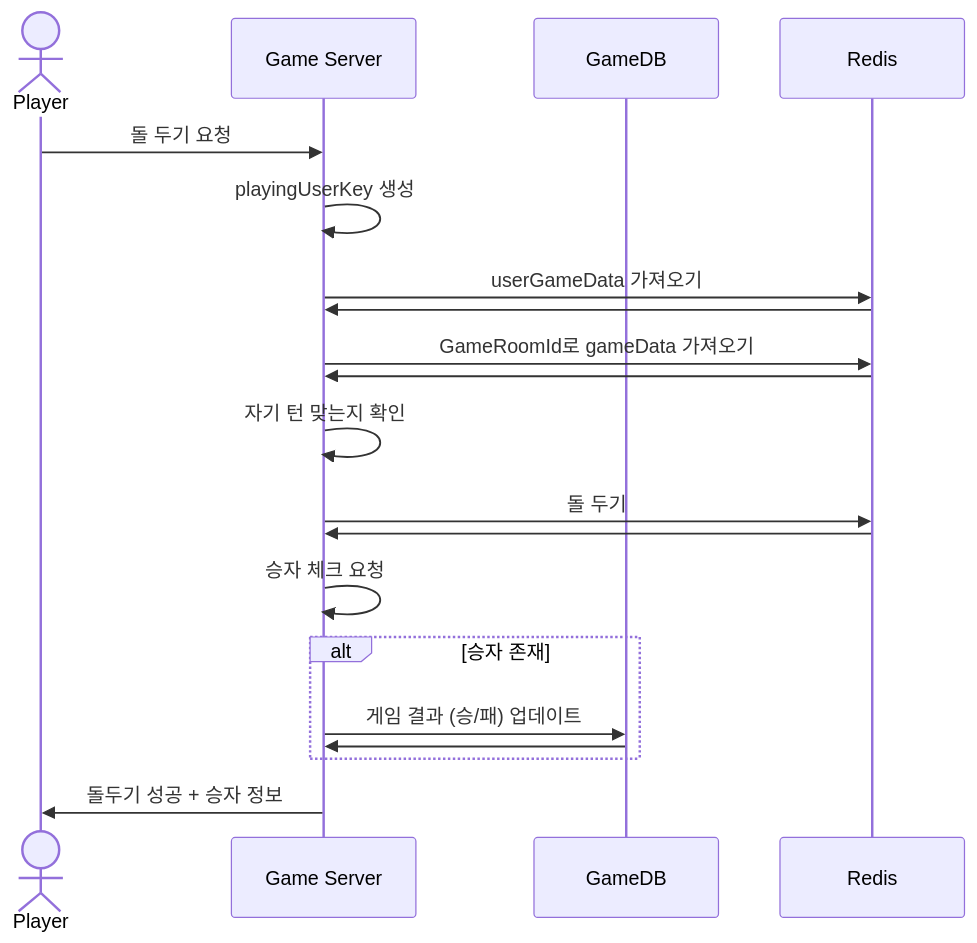
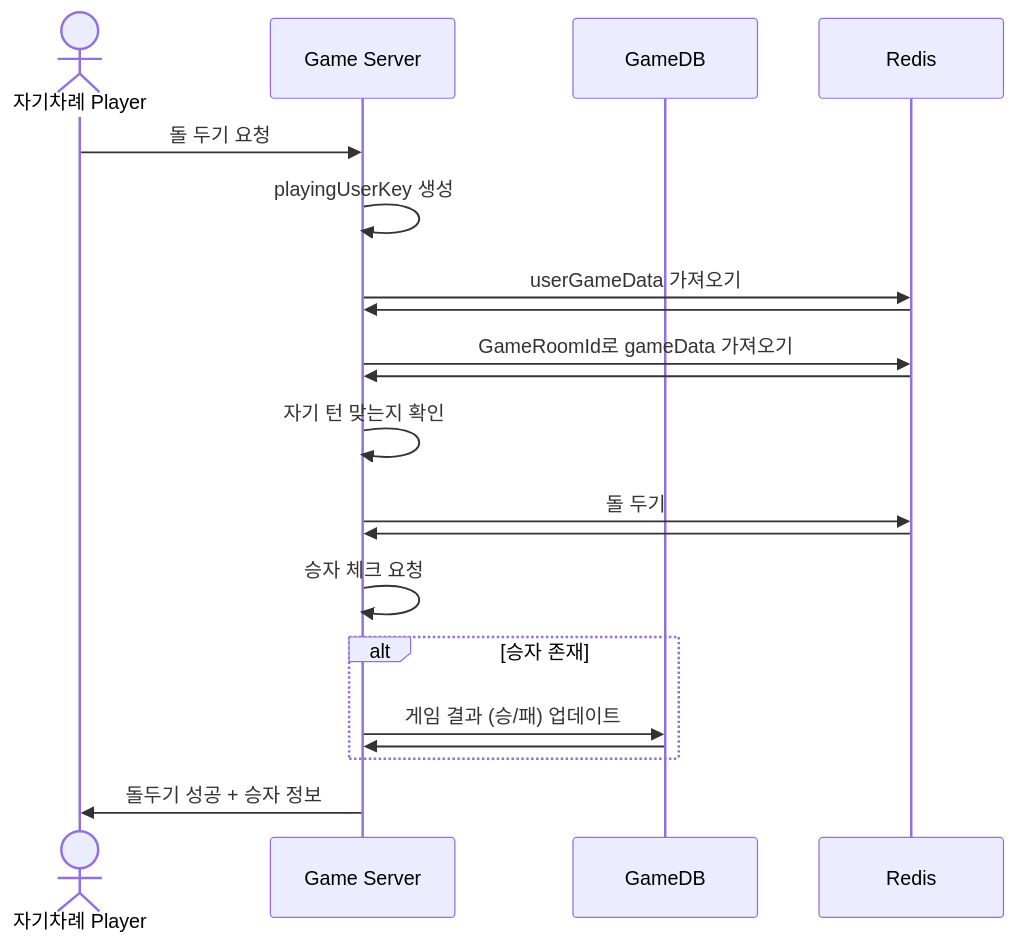
One commit to yujinS0/Omok-Game changed the first of 4 diagrams in SequenceDiagram/GamePlay.md. Above: the diagram before and after it, drawn with Mermaid. The commit also changed other lines of this file, not shown here.

````diff
--- a/SequenceDiagram/GamePlay.md
+++ b/SequenceDiagram/GamePlay.md
@@ -5,28 +5,28 @@
 ```mermaid
 sequenceDiagram
-	actor Player
-	participant Game Server
-	participant GameDB
-  	participant Redis
+	actor P as 자기차례 Player
+	participant G as Game Server
+	participant GD as GameDB
+  	participant R as Redis
 
-	Player ->> Game Server: 돌 두기 요청
-	Game Server ->> Game Server : playingUserKey 생성
- 	Game Server ->> Redis : userGameData 가져오기
-	Redis ->> Game Server :  
-	  Game Server ->> Redis : GameRoomId로 gameData 가져오기
-	  Redis ->> Game Server: 
+	P ->> G: 돌 두기 요청
+	G ->> G : playingUserKey 생성
+ 	G ->> R : userGameData 가져오기
+	R ->> G :  
+  	G ->> R : GameRoomId로 gameData 가져오기
+  	R ->> G: 
 
-	Game Server ->> Game Server : 자기 턴 맞는지 확인
+	G ->> G : 자기 턴 맞는지 확인
 
-	Game Server ->> Redis : 돌 두기
-	Redis ->> Game Server :  
+	G ->> R : 돌 두기
+	R ->> G :  
 
-	Game Server ->> Game Server : 승자 체크 요청
+	G ->> G : 승자 체크 요청
 	alt 승자 존재
-	  Game Server ->> GameDB : 게임 결과 (승/패) 업데이트
-	  GameDB ->> Game Server :   
+	  G ->> GD : 게임 결과 (승/패) 업데이트
+	  GD ->> G :   
 	end
 
-  	Game Server ->> Player : 돌두기 성공 + 승자 정보
+  	G ->> P : 돌두기 성공 + 승자 정보
 
 ```
````
